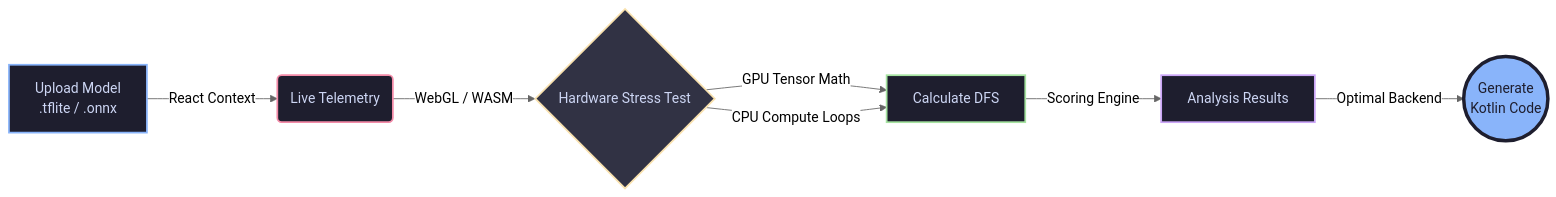
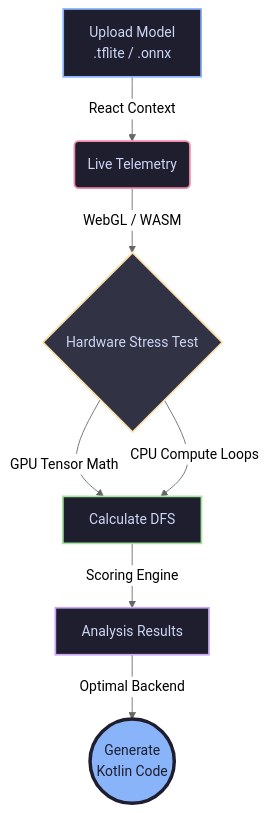
The diagram in README.md (surajsaggam/EdgeBench-AI), drawn with Mermaid (neutral theme) before and after one commit.

Commit message:
docs: change README pipeline diagram layout from left-to-right to top-down

````diff
--- a/README.md
+++ b/README.md
@@ -45,16 +45,16 @@
 ```mermaid
-graph LR
+graph TD
     A[Upload Model\n.tflite / .onnx] -->|React Context| B(Live Telemetry)
     B -->|WebGL / WASM| C{Hardware Stress Test}
     C -->|GPU Tensor Math| D[Calculate DFS]
     C -->|CPU Compute Loops| D
     D -->|Scoring Engine| E[Analysis Results]
     E -->|Optimal Backend| F((Generate\nKotlin Code))
     
     style A fill:#1e1e2e,stroke:#89b4fa,stroke-width:2px,color:#cdd6f4
     style B fill:#1e1e2e,stroke:#f38ba8,stroke-width:2px,color:#cdd6f4
     style C fill:#313244,stroke:#f9e2af,stroke-width:2px,color:#cdd6f4
     style D fill:#1e1e2e,stroke:#a6e3a1,stroke-width:2px,color:#cdd6f4
     style E fill:#1e1e2e,stroke:#cba6f7,stroke-width:2px,color:#cdd6f4
     style F fill:#89b4fa,stroke:#1e1e2e,stroke-width:4px,color:#1e1e2e
 ```
````
